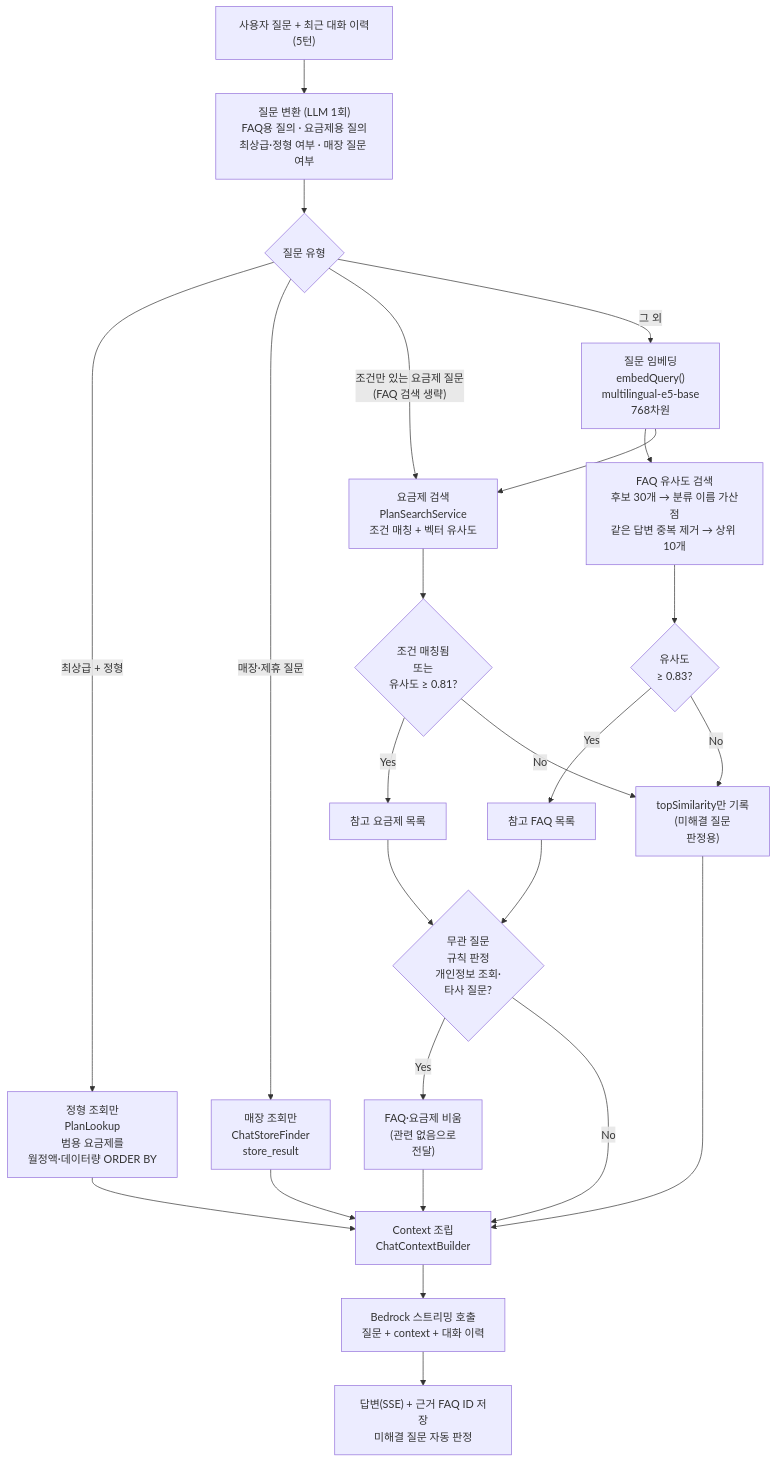
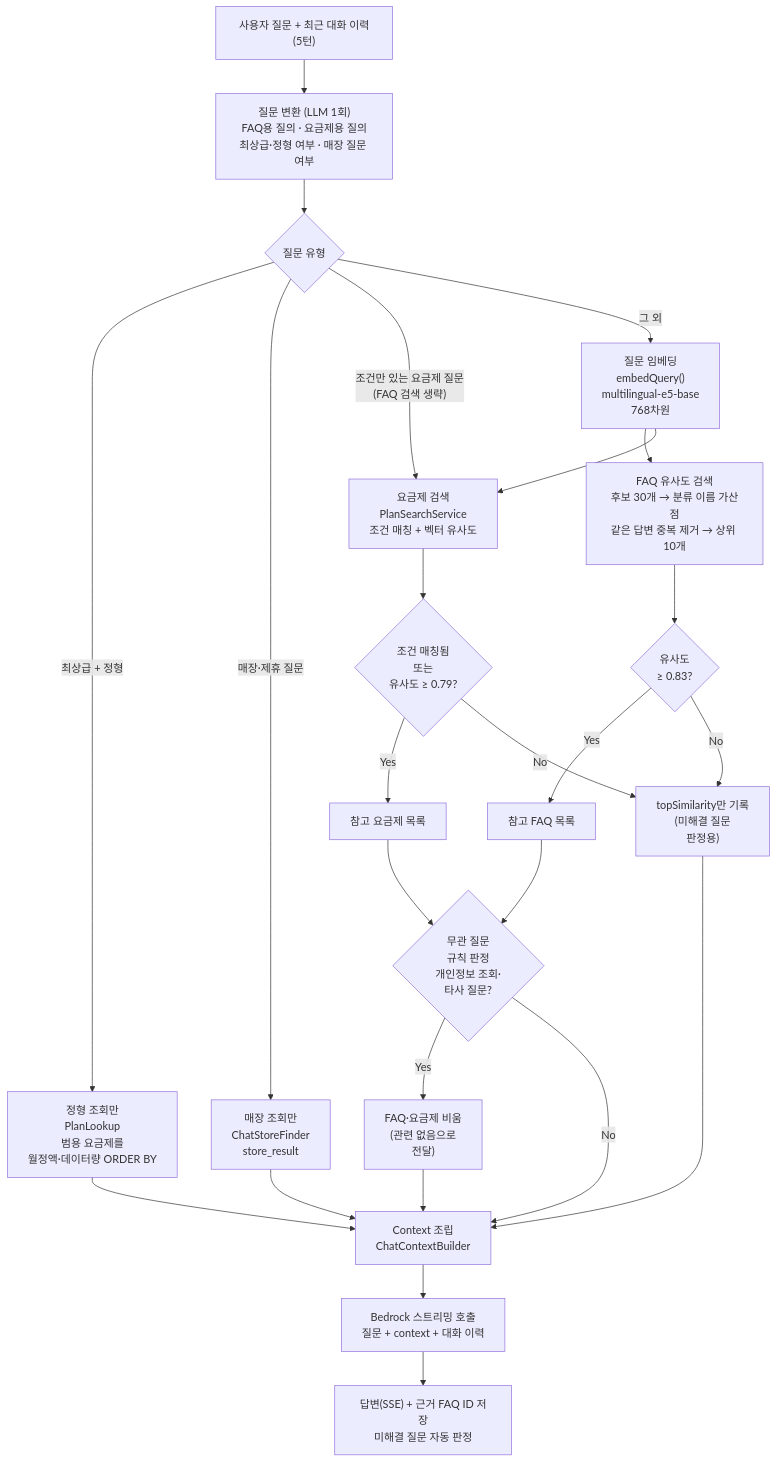
The second of 3 diagrams in README.md (VITA-500/Vita-BE), drawn with Mermaid before and after one commit. The commit also changed other lines of this file, not shown here.

````diff
--- a/README.md
+++ b/README.md
@@ -245,27 +242,27 @@
 ```mermaid
 flowchart TD
     A["사용자 질문 + 최근 대화 이력(5턴)"] --> B["질문 변환 (LLM 1회)<br/>FAQ용 질의 · 요금제용 질의<br/>최상급·정형 여부 · 매장 질문 여부"]
     B --> C{"질문 유형"}
     C -->|"최상급 + 정형"| Y["정형 조회만<br/>PlanLookup<br/>범용 요금제를<br/>월정액·데이터량 ORDER BY"]
     C -->|"매장·제휴 질문"| S["매장 조회만<br/>ChatStoreFinder<br/>store_result"]
     C -->|"조건만 있는 요금제 질문<br/>(FAQ 검색 생략)"| G
     C -->|"그 외"| E["질문 임베딩<br/>embedQuery()<br/>multilingual-e5-base<br/>768차원"]
     E --> F["FAQ 유사도 검색<br/>후보 30개 → 분류 이름 가산점<br/>같은 답변 중복 제거 → 상위 10개"]
     E --> G["요금제 검색<br/>PlanSearchService<br/>조건 매칭 + 벡터 유사도"]
     F --> H{"유사도<br/>≥ 0.83?"}
-    G --> I{"조건 매칭됨<br/>또는<br/>유사도 ≥ 0.81?"}
+    G --> I{"조건 매칭됨<br/>또는<br/>유사도 ≥ 0.79?"}
     H -->|Yes| J[참고 FAQ 목록]
     H -->|No| K["topSimilarity만 기록<br/>(미해결 질문<br/>판정용)"]
     I -->|Yes| M[참고 요금제 목록]
     I -->|No| K
     J --> R{"무관 질문<br/>규칙 판정<br/>개인정보 조회·<br/>타사 질문?"}
     M --> R
     R -->|Yes| Z["FAQ·요금제 비움<br/>(관련 없음으로<br/>전달)"]
     R -->|No| X["Context 조립<br/>ChatContextBuilder"]
     Y --> X
     S --> X
     Z --> X
     K --> X
     X --> O["Bedrock 스트리밍 호출<br/>질문 + context + 대화 이력"]
     O --> Q["답변(SSE) + 근거 FAQ ID 저장<br/>미해결 질문 자동 판정"]
 ```
````
